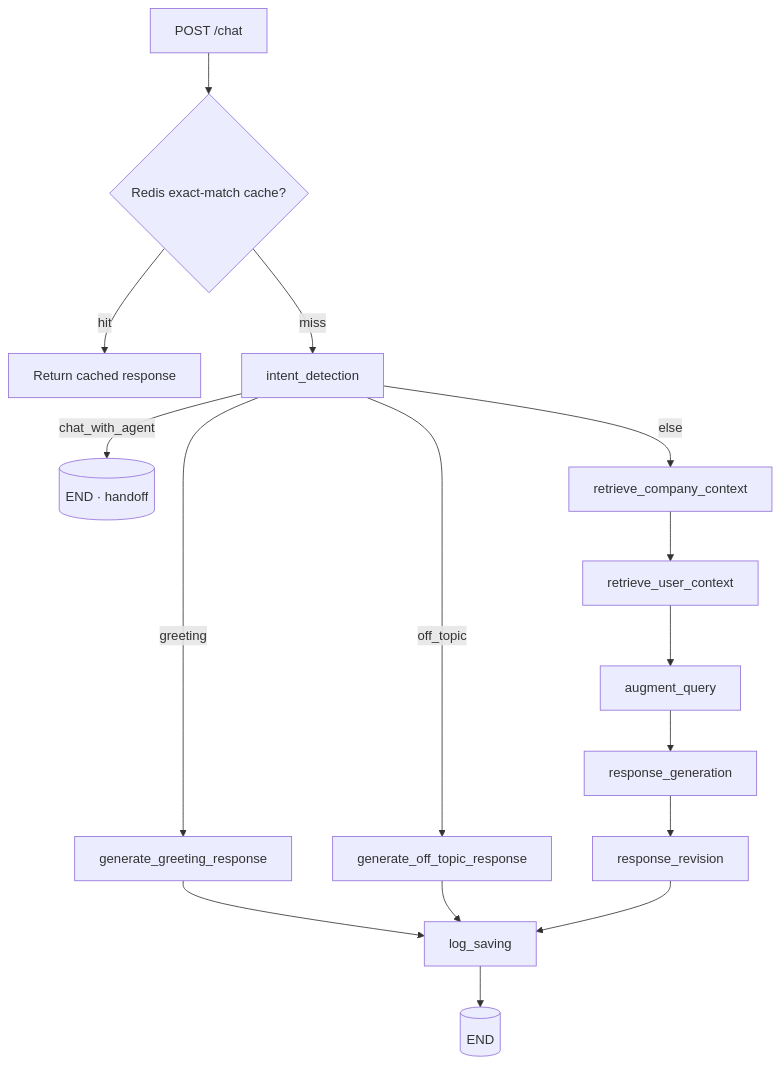
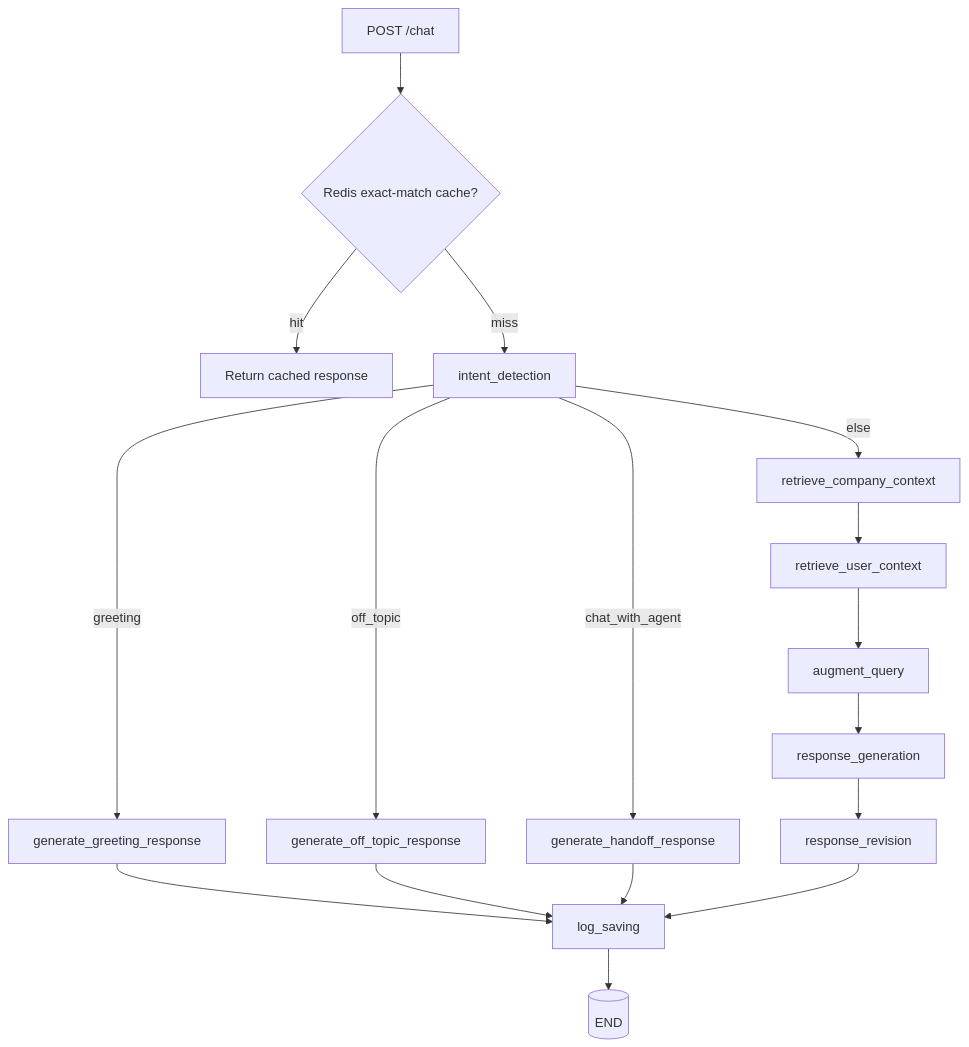
One commit to wbrunovieira/chatbotWBDigitalSolutionsLangGraph changed the diagram in README.md. Above: the diagram before and after it, drawn with Mermaid. The commit also changed other lines of this file and 61 other files, not shown here.

````diff
--- a/README.md
+++ b/README.md
@@ -62,18 +62,19 @@
 ```mermaid
 flowchart TD
     A[POST /chat] --> R{Redis exact-match cache?}
     R -- hit --> Z[Return cached response]
     R -- miss --> I[intent_detection]
     I -->|greeting| G[generate_greeting_response]
     I -->|off_topic| O[generate_off_topic_response]
-    I -->|chat_with_agent| END1[(END · handoff)]
+    I -->|chat_with_agent| H[generate_handoff_response]
     I -->|else| C[retrieve_company_context]
     C --> U[retrieve_user_context]
     U --> AQ[augment_query]
     AQ --> RG[response_generation]
     RG --> RV[response_revision]
     G --> L[log_saving]
     O --> L
+    H --> L
     RV --> L
     L --> END2[(END)]
 ```
````
